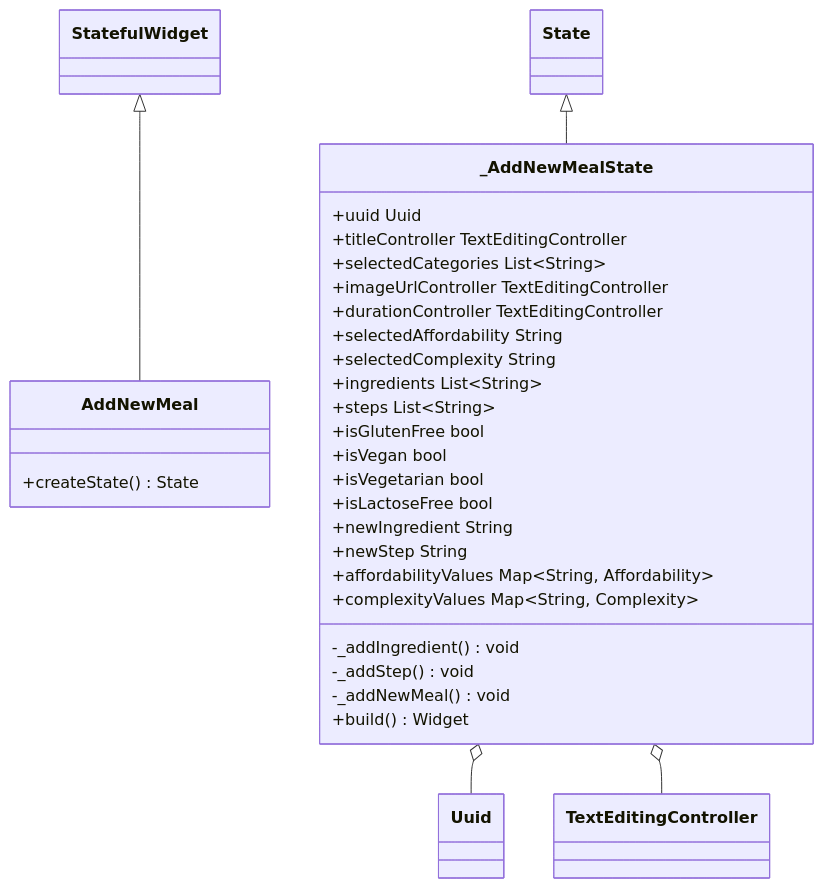
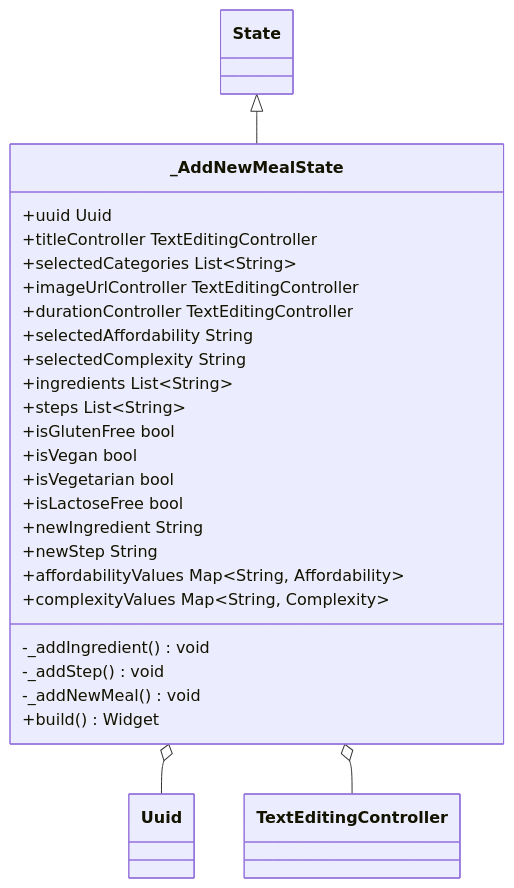
The fourth of 5 diagrams in README.md (Dardnos/MealsApp), drawn with Mermaid before and after one commit. The commit also changed other lines of this file, not shown here.

Commit message:
Updated Class Diagram

````diff
--- a/README.md
+++ b/README.md
@@ -246,32 +255,28 @@
 ```mermaid
 classDiagram
-class AddNewMeal
-AddNewMeal : +createState() State<AddNewMeal>
-StatefulWidget <|-- AddNewMeal
-
 class _AddNewMealState
 _AddNewMealState : +uuid Uuid
 _AddNewMealState o-- Uuid
 _AddNewMealState : +titleController TextEditingController
 _AddNewMealState o-- TextEditingController
 _AddNewMealState : +selectedCategories List~String~
 _AddNewMealState : +imageUrlController TextEditingController
 _AddNewMealState : +durationController TextEditingController
 _AddNewMealState : +selectedAffordability String
 _AddNewMealState : +selectedComplexity String
 _AddNewMealState : +ingredients List~String~
 _AddNewMealState : +steps List~String~
 _AddNewMealState : +isGlutenFree bool
 _AddNewMealState : +isVegan bool
 _AddNewMealState : +isVegetarian bool
 _AddNewMealState : +isLactoseFree bool
 _AddNewMealState : +newIngredient String
 _AddNewMealState : +newStep String
 _AddNewMealState : +affordabilityValues Map~String, Affordability~
 _AddNewMealState : +complexityValues Map~String, Complexity~
 _AddNewMealState : -_addIngredient() void
 _AddNewMealState : -_addStep() void
 _AddNewMealState : -_addNewMeal() void
 _AddNewMealState : +build() Widget
 State <|-- _AddNewMealState
 ```
````
